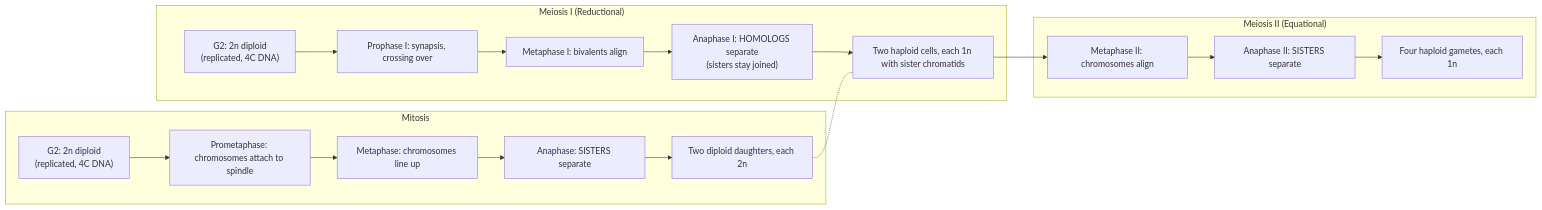
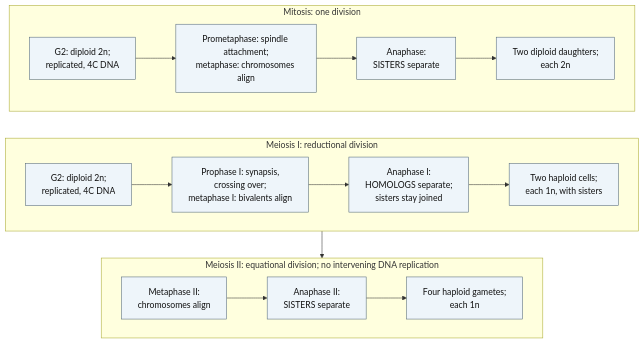
One commit to docxology/biology_textbook changed the first of 7 diagrams in docs/manuscript/unit_V/chromosomal_inheritance.md. Above: the diagram before and after it, drawn with Mermaid. The commit also changed other lines of this file and 41 other files, not shown here.

````diff
--- a/docs/manuscript/unit_V/chromosomal_inheritance.md
+++ b/docs/manuscript/unit_V/chromosomal_inheritance.md
@@ -133,21 +133,23 @@
 ```mermaid
-flowchart LR
-    subgraph Mitosis
-        M1["G2: 2n diploid<br/>(replicated, 4C DNA)"] --> M2["Prometaphase: chromosomes attach to spindle"]
-        M2 --> M3["Metaphase: chromosomes line up"]
-        M3 --> M4["Anaphase: SISTERS separate"]
-        M4 --> M5["Two diploid daughters, each 2n"]
+---
+config:
+  layout: dagre
+---
+flowchart TB
+    subgraph mitosis["Mitosis: one division"]
+        direction LR
+        M1["G2: diploid 2n;<br/>replicated, 4C DNA"] --> M2["Prometaphase: spindle attachment;<br/>metaphase: chromosomes align"] --> M4["Anaphase:<br/>SISTERS separate"] --> M5["Two diploid daughters;<br/>each 2n"]
     end
-    subgraph "Meiosis I (Reductional)"
-        I1["G2: 2n diploid<br/>(replicated, 4C DNA)"] --> I2["Prophase I: synapsis, crossing over"]
-        I2 --> I3["Metaphase I: bivalents align"]
-        I3 --> I4["Anaphase I: HOMOLOGS separate<br/>(sisters stay joined)"]
-        I4 --> I5["Two haploid cells, each 1n with sister chromatids"]
+    subgraph meiosisI["Meiosis I: reductional division"]
+        direction LR
+        I1["G2: diploid 2n;<br/>replicated, 4C DNA"] --> I2["Prophase I: synapsis,<br/>crossing over;<br/>metaphase I: bivalents align"] --> I4["Anaphase I:<br/>HOMOLOGS separate;<br/>sisters stay joined"] --> I5["Two haploid cells;<br/>each 1n, with sisters"]
     end
-    subgraph "Meiosis II (Equational)"
-        II1["Metaphase II: chromosomes align"] --> II2["Anaphase II: SISTERS separate"]
-        II2 --> II3["Four haploid gametes, each 1n"]
+    subgraph meiosisII["Meiosis II: equational division; no intervening DNA replication"]
+        direction LR
+        II1["Metaphase II:<br/>chromosomes align"] --> II2["Anaphase II:<br/>SISTERS separate"] --> II3["Four haploid gametes;<br/>each 1n"]
     end
-    M5 -.- I5
-    I5 --> II1
+    mitosis ~~~ meiosisI
+    meiosisI --> meiosisII
+    classDef ink fill:#eef5fa,stroke:#526777,color:#111111
+    class M1,M2,M4,M5,I1,I2,I4,I5,II1,II2,II3 ink
 ```
````
